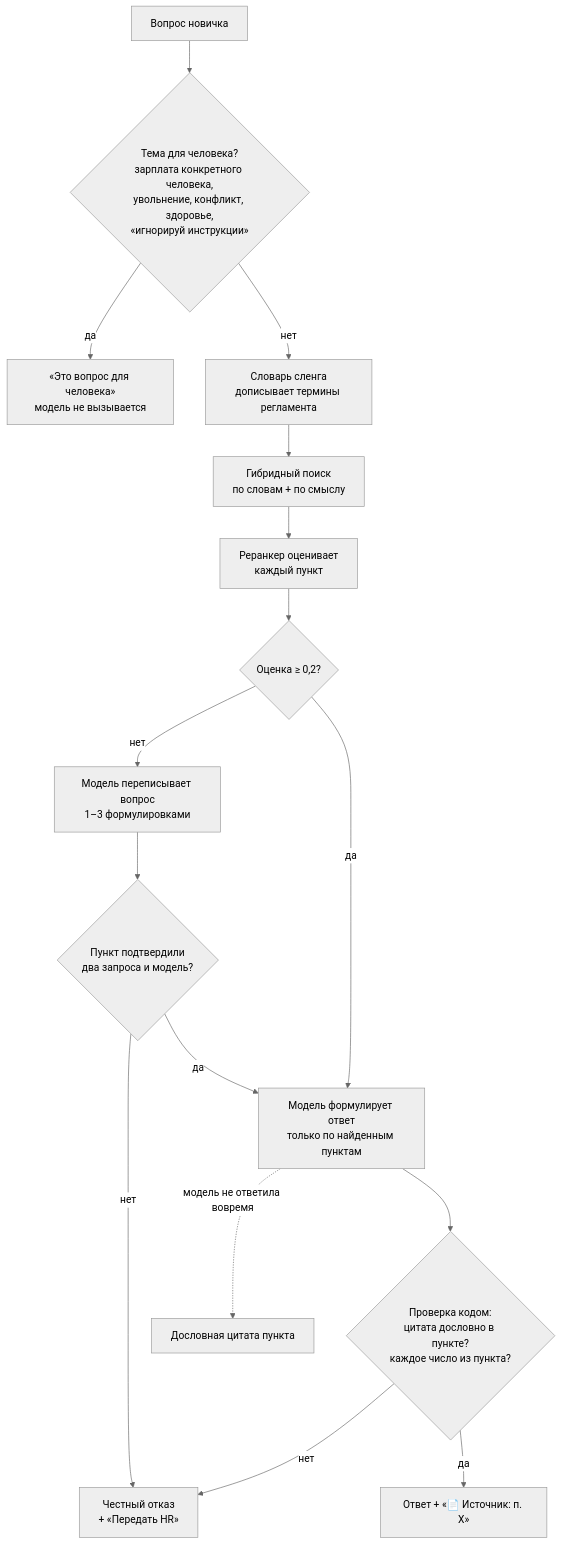
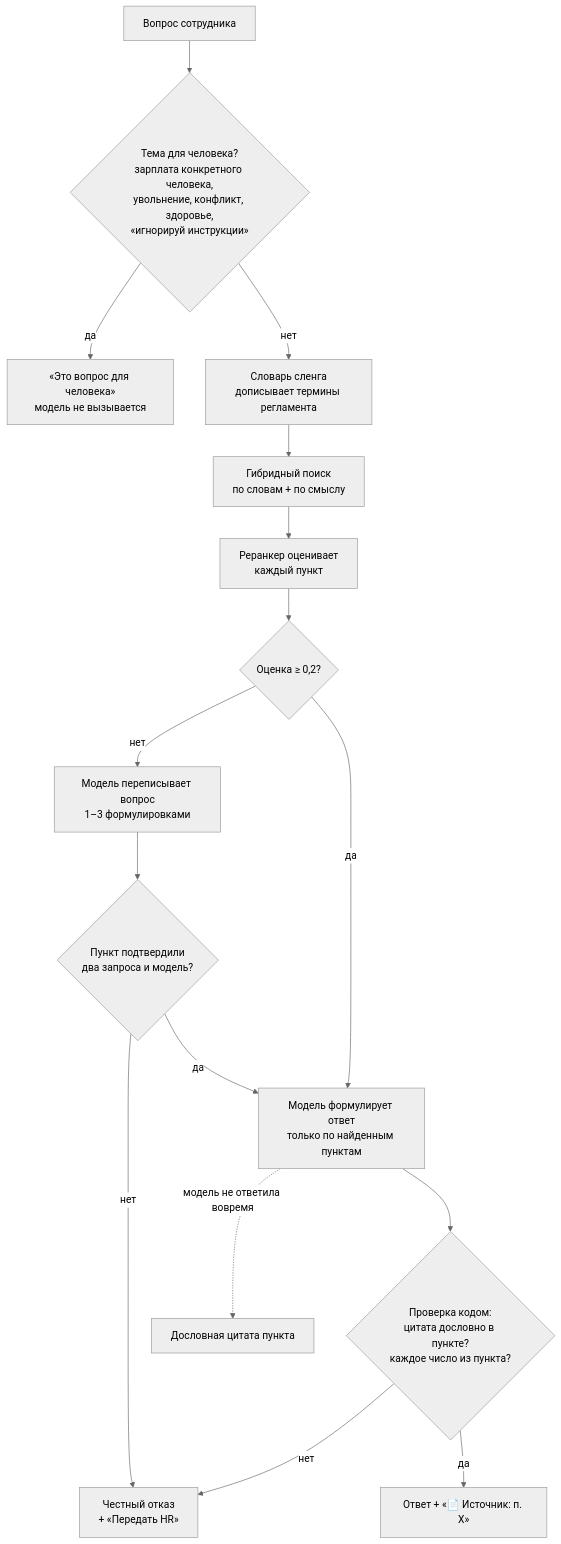
Before and after one commit to kunak-agency/polyplastic-bot: the diagram in agency/system/Human/05-knowledge-base-rag.md, drawn with Mermaid (neutral theme). The commit also changed other lines of this file and 99 other files, not shown here.

````diff
--- a/agency/system/Human/05-knowledge-base-rag.md
+++ b/agency/system/Human/05-knowledge-base-rag.md
@@ -50,18 +50,18 @@
 ```mermaid
 flowchart TD
-    Q["Вопрос новичка"] --> R{"Тема для человека?<br/>зарплата конкретного человека,<br/>увольнение, конфликт, здоровье,<br/>«игнорируй инструкции»"}
+    Q["Вопрос сотрудника"] --> R{"Тема для человека?<br/>зарплата конкретного человека,<br/>увольнение, конфликт, здоровье,<br/>«игнорируй инструкции»"}
     R -->|да| HUMAN["«Это вопрос для человека»<br/>модель не вызывается"]
     R -->|нет| X["Словарь сленга<br/>дописывает термины регламента"]
     X --> S["Гибридный поиск<br/>по словам + по смыслу"]
     S --> RR["Реранкер оценивает<br/>каждый пункт"]
     RR --> G{"Оценка ≥ 0,2?"}
     G -->|нет| RW["Модель переписывает вопрос<br/>1–3 формулировками"]
     RW --> AG{"Пункт подтвердили<br/>два запроса и модель?"}
     AG -->|нет| NO["Честный отказ<br/>+ «Передать HR»"]
     AG -->|да| GEN
     G -->|да| GEN["Модель формулирует ответ<br/>только по найденным пунктам"]
     GEN --> V{"Проверка кодом:<br/>цитата дословно в пункте?<br/>каждое число из пункта?"}
     V -->|да| OK["Ответ + «📄 Источник: п. X»"]
     V -->|нет| NO
     GEN -.->|"модель не ответила вовремя"| QUOTE["Дословная цитата пункта"]
 ```
````
